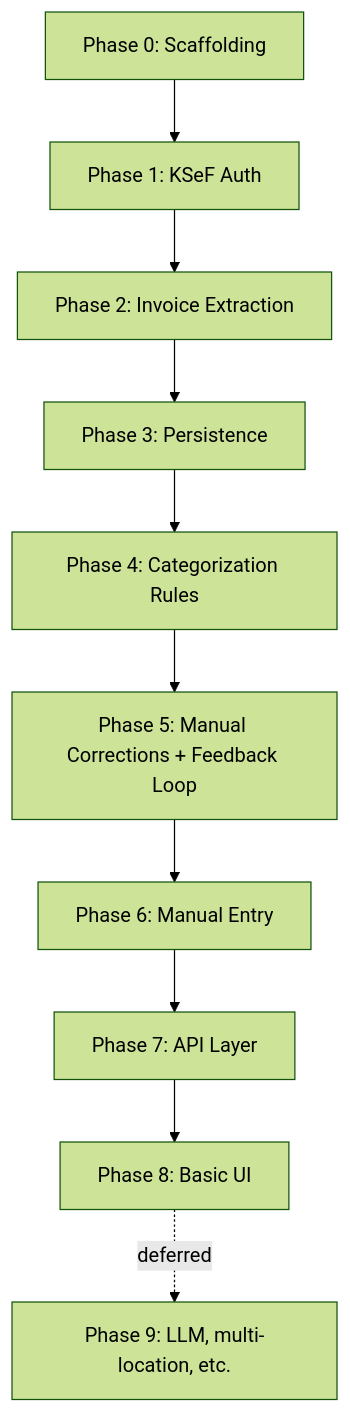
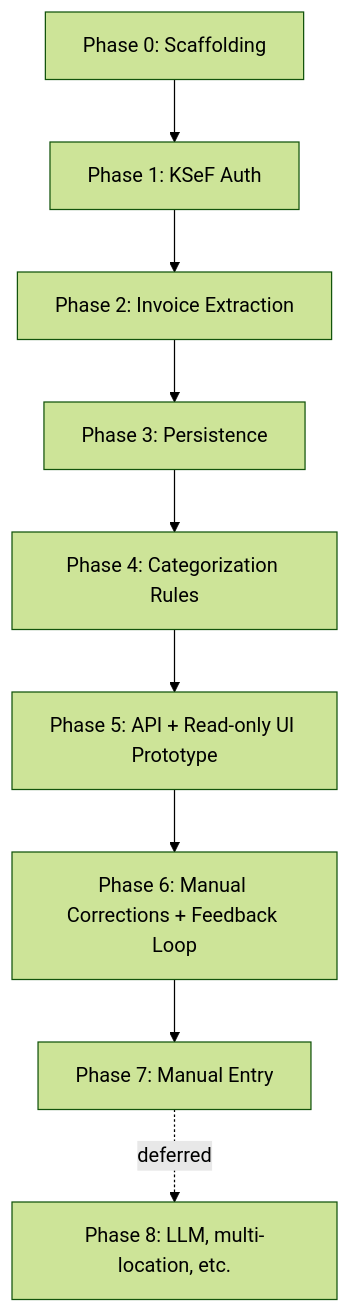
Before and after one commit to karol-brejna-i/ksef-exporter: the diagram in design/IMPLEMENTATION_PLAN.md, drawn with Mermaid (forest theme). The commit also changed other lines of this file, not shown here.

First line of the commit message:
docs: replan phases 5-9 as vertical slices, moving ui prototype earlier

````diff
--- a/design/IMPLEMENTATION_PLAN.md
+++ b/design/IMPLEMENTATION_PLAN.md
@@ -234,12 +229,11 @@
 ```mermaid
 flowchart TD
     P0[Phase 0: Scaffolding] --> P1[Phase 1: KSeF Auth]
     P1 --> P2[Phase 2: Invoice Extraction]
     P2 --> P3[Phase 3: Persistence]
     P3 --> P4[Phase 4: Categorization Rules]
-    P4 --> P5[Phase 5: Manual Corrections + Feedback Loop]
-    P5 --> P6[Phase 6: Manual Entry]
-    P6 --> P7[Phase 7: API Layer]
-    P7 --> P8[Phase 8: Basic UI]
-    P8 -.deferred.-> P9[Phase 9: LLM, multi-location, etc.]
+    P4 --> P5[Phase 5: API + Read-only UI Prototype]
+    P5 --> P6[Phase 6: Manual Corrections + Feedback Loop]
+    P6 --> P7[Phase 7: Manual Entry]
+    P7 -.deferred.-> P8[Phase 8: LLM, multi-location, etc.]
 ```
````
